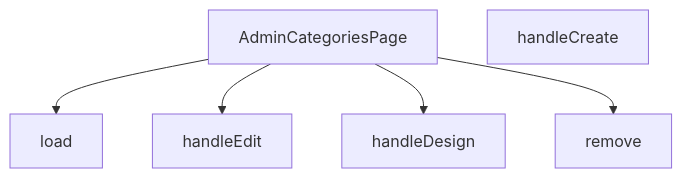
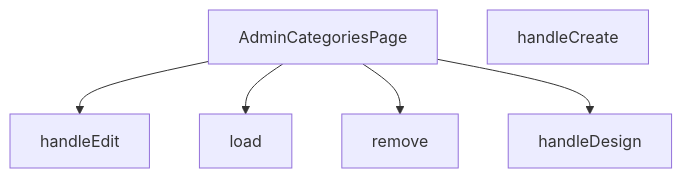
One commit to peckop/venthub-hvac-esite changed the diagram in src/views/admin/AdminCategoriesPage.md. Above: the diagram before and after it, drawn with Mermaid. The commit also changed other lines of this file and 723 other files, not shown here.

````diff
--- a/src/views/admin/AdminCategoriesPage.md
+++ b/src/views/admin/AdminCategoriesPage.md
@@ -134,13 +194,13 @@
 ```mermaid
 graph TD
     AdminCategoriesPage_tsx__AdminCategoriesPage["AdminCategoriesPage"]
     AdminCategoriesPage_tsx__handleCreate["handleCreate"]
     AdminCategoriesPage_tsx__handleDesign["handleDesign"]
     AdminCategoriesPage_tsx__handleEdit["handleEdit"]
     AdminCategoriesPage_tsx__load["load"]
     AdminCategoriesPage_tsx__remove["remove"]
+    AdminCategoriesPage_tsx__AdminCategoriesPage --> AdminCategoriesPage_tsx__handleEdit
     AdminCategoriesPage_tsx__AdminCategoriesPage --> AdminCategoriesPage_tsx__load
-    AdminCategoriesPage_tsx__AdminCategoriesPage --> AdminCategoriesPage_tsx__handleEdit
+    AdminCategoriesPage_tsx__AdminCategoriesPage --> AdminCategoriesPage_tsx__remove
     AdminCategoriesPage_tsx__AdminCategoriesPage --> AdminCategoriesPage_tsx__handleDesign
-    AdminCategoriesPage_tsx__AdminCategoriesPage --> AdminCategoriesPage_tsx__remove
 ```
````
